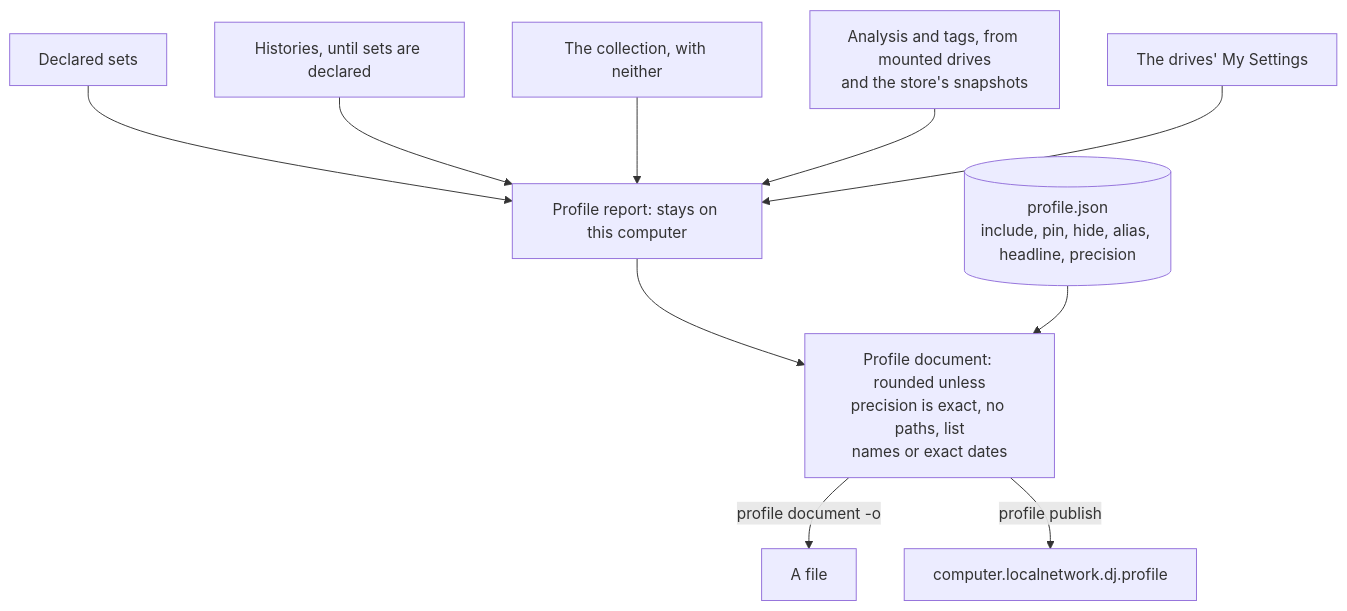
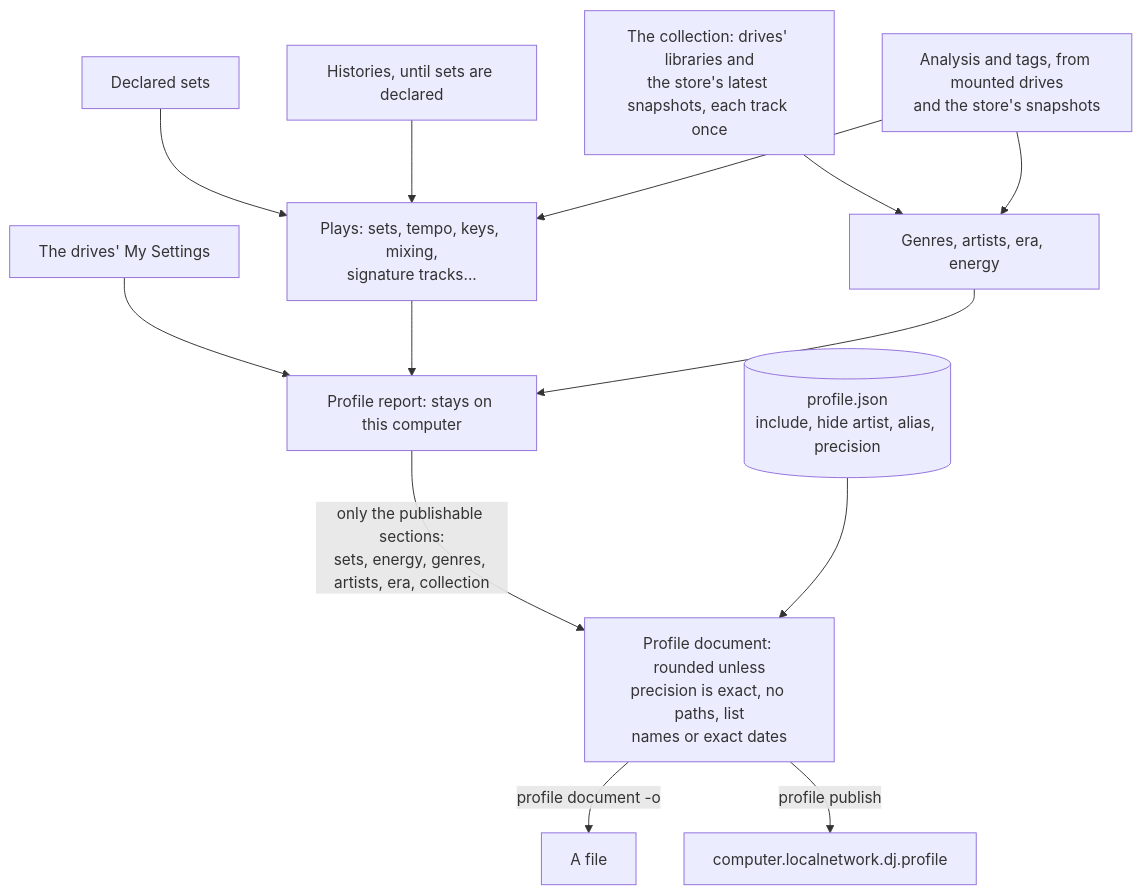
Before and after one commit to cutenode/localnetwork: the ninth of 10 diagrams in apps/locallibrary/docs/diagrams/data.md, drawn with Mermaid. The commit also changed other lines of this file and 1 other file, not shown here.

Commit message:
docs(locallibrary): draw what the DJ profile publishes now

````diff
--- a/apps/locallibrary/docs/diagrams/data.md
+++ b/apps/locallibrary/docs/diagrams/data.md
@@ -165,12 +165,15 @@
 ```mermaid
 flowchart TD
-    sets["Declared sets"] --> report["Profile report: stays on this computer"]
-    sessions["Histories, until sets are declared"] --> report
-    collection["The collection, with neither"] --> report
-    analysis["Analysis and tags, from mounted drives<br/>and the store's snapshots"] --> report
-    settings["The drives' My Settings"] --> report
-    report --> document["Profile document: rounded unless<br/>precision is exact, no paths, list<br/>names or exact dates"]
-    prefs[("profile.json<br/>include, pin, hide, alias, headline, precision")] --> document
+    sets["Declared sets"] --> plays["Plays: sets, tempo, keys, mixing,<br/>signature tracks..."]
+    sessions["Histories, until sets are declared"] --> plays
+    collection["The collection: drives' libraries and<br/>the store's latest snapshots, each track once"] --> owned["Genres, artists, era, energy"]
+    analysis["Analysis and tags, from mounted drives<br/>and the store's snapshots"] --> plays
+    analysis --> owned
+    settings["The drives' My Settings"] --> report["Profile report: stays on this computer"]
+    plays --> report
+    owned --> report
+    report -->|"only the publishable sections:<br/>sets, energy, genres, artists, era, collection"| document["Profile document: rounded unless<br/>precision is exact, no paths, list<br/>names or exact dates"]
+    prefs[("profile.json<br/>include, hide artist, alias, precision")] --> document
     document -->|"profile document -o"| file["A file"]
     document -->|"profile publish"| account["computer.localnetwork.dj.profile"]
 ```
````
